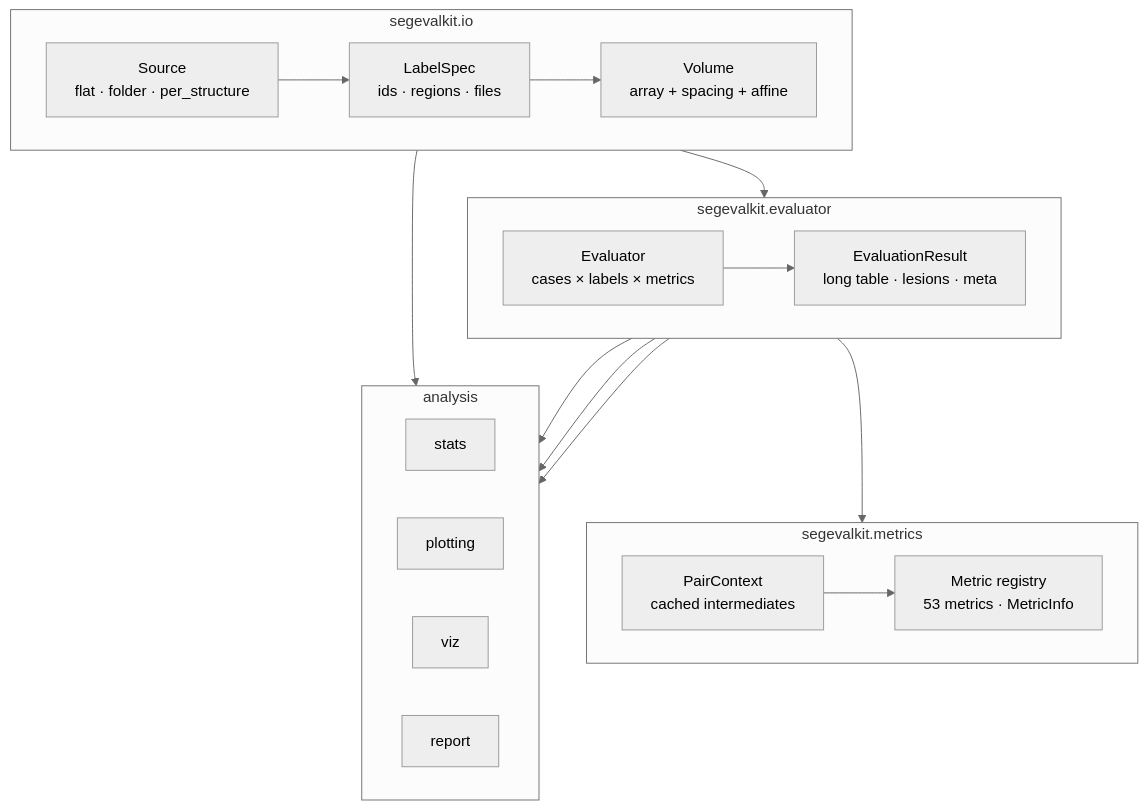
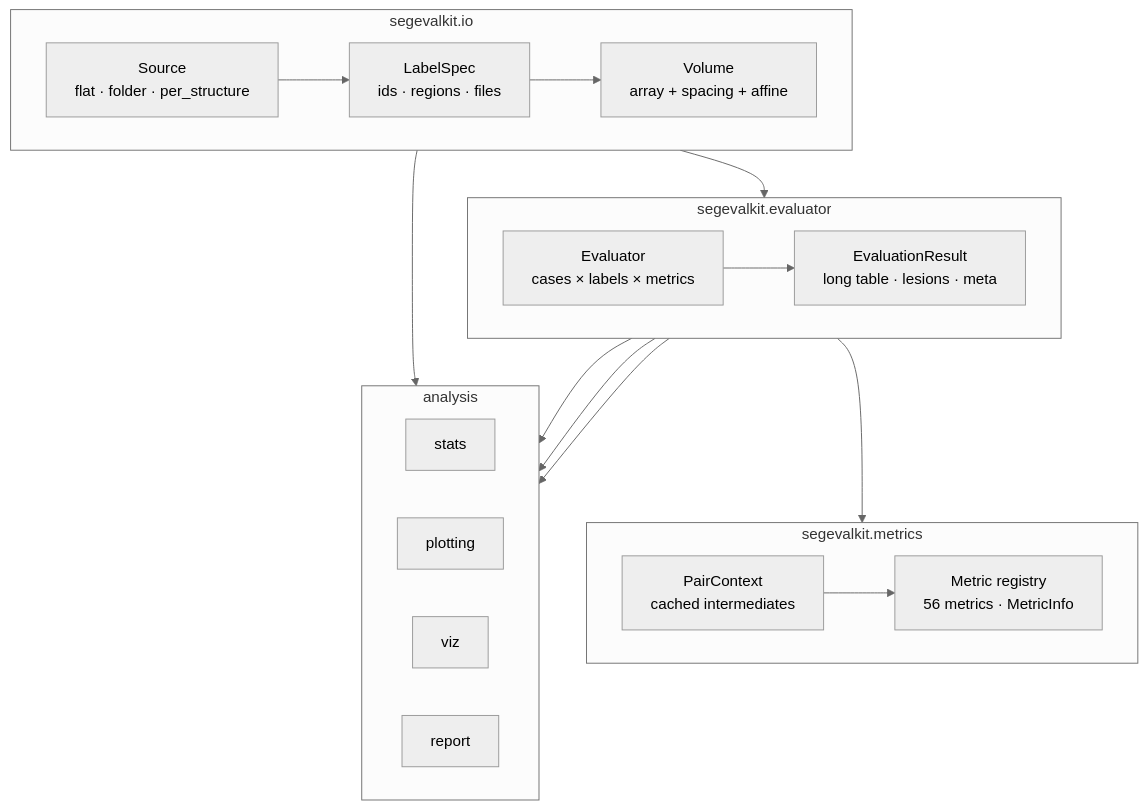
The diagram in docs/developer/architecture.md (aj-das-research/SegEvalKit), drawn with Mermaid (neutral theme) before and after one commit. The commit also changed 113 other files, not shown here.

````diff
--- a/docs/developer/architecture.md
+++ b/docs/developer/architecture.md
@@ -7,24 +7,24 @@
 ```mermaid
 flowchart TB
     subgraph IO["segevalkit.io"]
         direction LR
         S["Source<br/>flat · folder · per_structure"] --> L["LabelSpec<br/>ids · regions · files"]
         L --> V["Volume<br/>array + spacing + affine"]
     end
     subgraph CORE["segevalkit.metrics"]
         direction LR
-        C["PairContext<br/>cached intermediates"] --> R["Metric registry<br/>53 metrics · MetricInfo"]
+        C["PairContext<br/>cached intermediates"] --> R["Metric registry<br/>56 metrics · MetricInfo"]
     end
     subgraph RUN["segevalkit.evaluator"]
         direction LR
         E["Evaluator<br/>cases × labels × metrics"] --> ER["EvaluationResult<br/>long table · lesions · meta"]
     end
     subgraph OUT["analysis"]
         direction LR
         ST["stats"]; PL["plotting"]; VZ["viz"]; RP["report"]
     end
     V --> E
     E --> C
     ER --> ST & PL & RP
     V --> VZ
 ```
````
